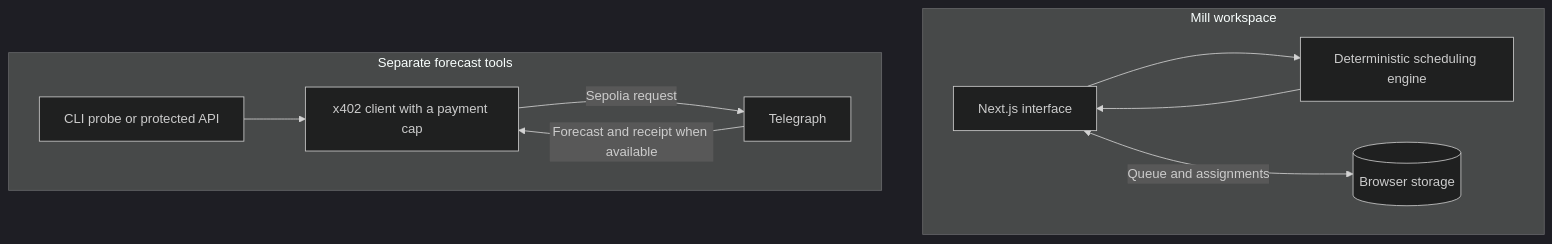
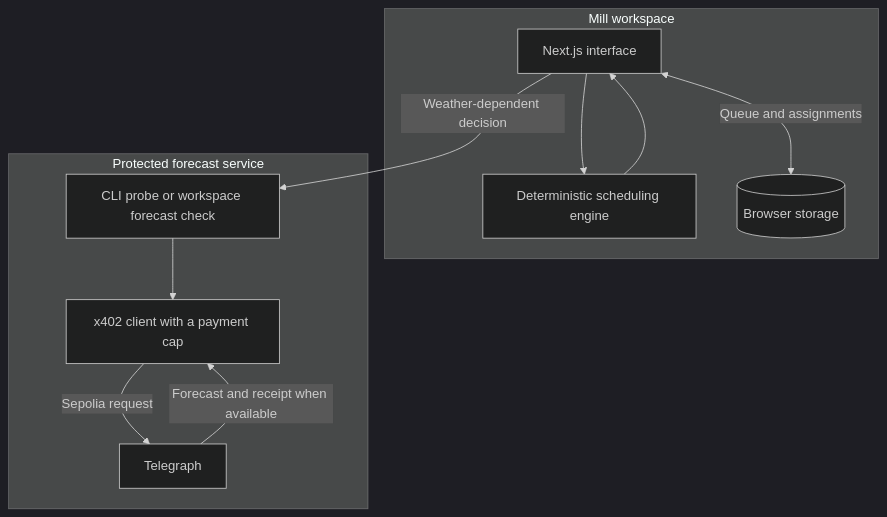
The second of 2 diagrams in README.md (thesithunyein/paddyturn), drawn with Mermaid (dark theme) before and after one commit. The commit also changed other lines of this file and 3 other files, not shown here.

````diff
--- a/README.md
+++ b/README.md
@@ -41,13 +41,14 @@
 ```mermaid
 flowchart TB
     subgraph Browser["Mill workspace"]
         UI["Next.js interface"] --> Rules["Deterministic scheduling engine"]
         UI <-->|Queue and assignments| Store[("Browser storage")]
         Rules --> UI
     end
-    subgraph Forecast["Separate forecast tools"]
-        Probe["CLI probe or protected API"] --> Client["x402 client with a payment cap"]
+    subgraph Forecast["Protected forecast service"]
+        Probe["CLI probe or workspace forecast check"] --> Client["x402 client with a payment cap"]
         Client -->|Sepolia request| Telegraph["Telegraph"]
         Telegraph -->|Forecast and receipt when available| Client
     end
+    UI -->|Weather-dependent decision| Probe
 ```
````
